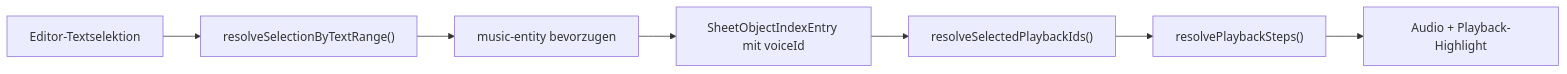
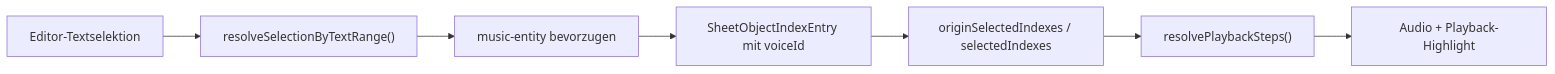
One commit to bwl21/zupfnoter-ts changed the fifth of 5 diagrams in docs/phase-5/architektur_selection_perspektiven.md. Above: the diagram before and after it, drawn with Mermaid. The commit also changed other lines of this file and 23 other files, not shown here.

First line of the commit message:
Stabilize selection voice identity and document the architecture issue

````diff
--- a/docs/phase-5/architektur_selection_perspektiven.md
+++ b/docs/phase-5/architektur_selection_perspektiven.md
@@ -525,9 +555,9 @@
 ```mermaid
 flowchart LR
     A["Editor-Textselektion"] --> B["resolveSelectionByTextRange()"]
     B --> C["music-entity bevorzugen"]
     C --> D["SheetObjectIndexEntry mit voiceId"]
-    D --> E["resolveSelectedPlaybackIds()"]
+    D --> E["originSelectedIndexes / selectedIndexes"]
     E --> F["resolvePlaybackSteps()"]
     F --> G["Audio + Playback-Highlight"]
 ```
````
